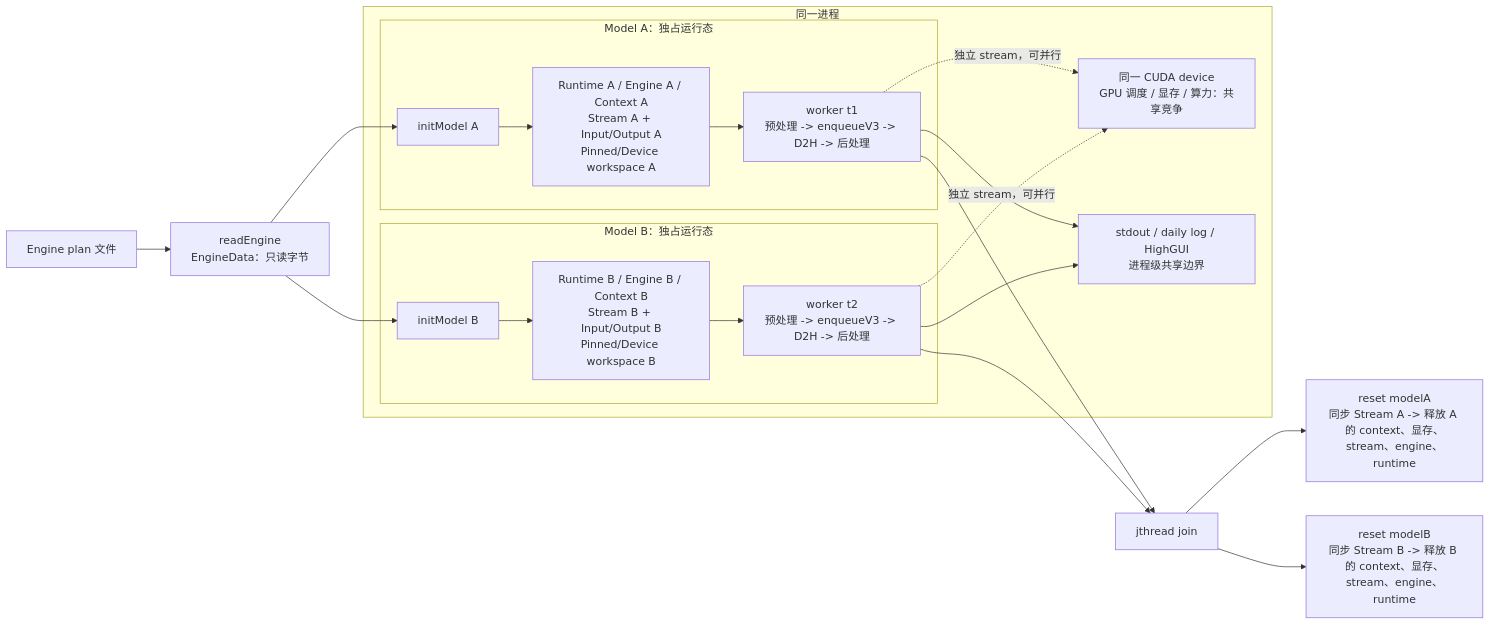
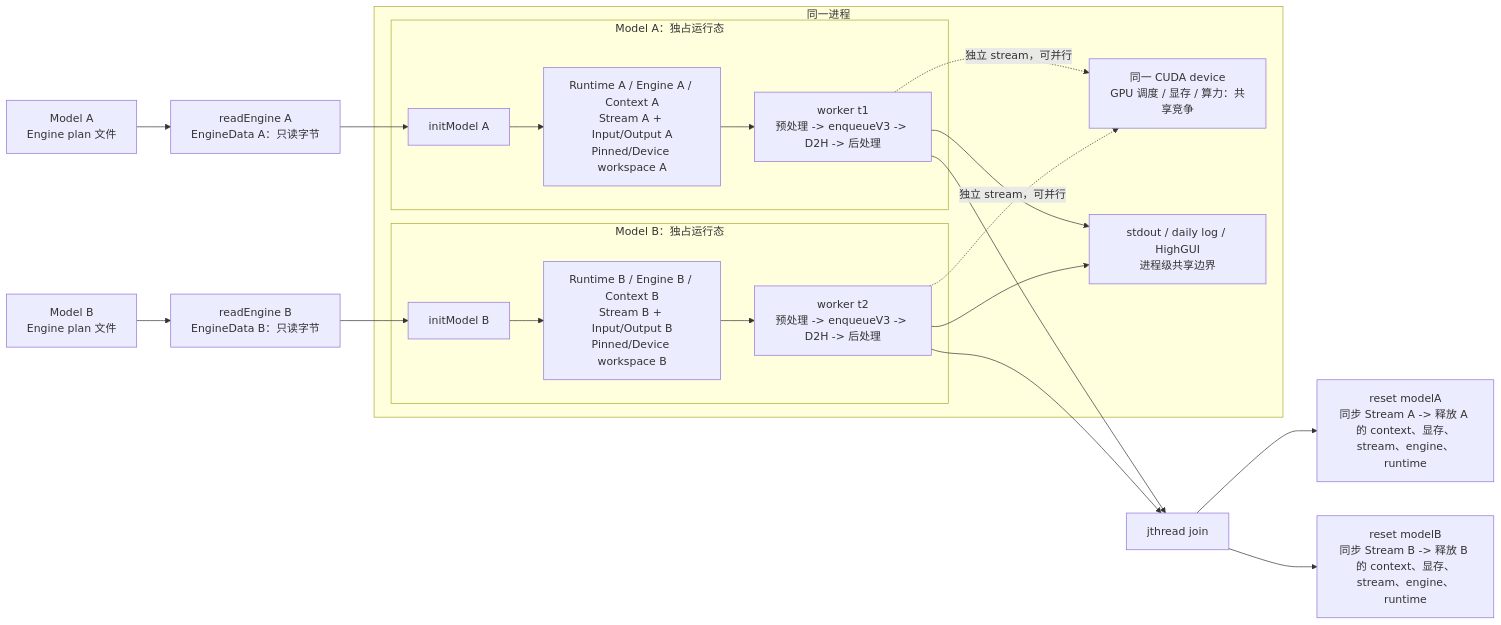
One commit to liautumn/tensorrt changed the diagram in README.md. Above: the diagram before and after it, drawn with Mermaid. The commit also changed other lines of this file, not shown here.

````diff
--- a/README.md
+++ b/README.md
@@ -49,26 +49,27 @@
 ```mermaid
 flowchart LR
-    Plan[Engine plan 文件] --> Data[readEngine<br/>EngineData：只读字节]
-    Data --> InitA[initModel A]
-    Data --> InitB[initModel B]
+    PlanA[Model A<br/>Engine plan 文件] --> DataA[readEngine A<br/>EngineData A：只读字节]
+    PlanB[Model B<br/>Engine plan 文件] --> DataB[readEngine B<br/>EngineData B：只读字节]
+    DataA --> InitA[initModel A]
+    DataB --> InitB[initModel B]
 
     subgraph Process[同一进程]
         subgraph LaneA[Model A：独占运行态]
             InitA --> AState[Runtime A / Engine A / Context A<br/>Stream A + Input/Output A<br/>Pinned/Device workspace A]
             AState --> AWorker[worker t1<br/>预处理 -> enqueueV3 -> D2H -> 后处理]
         end
         subgraph LaneB[Model B：独占运行态]
             InitB --> BState[Runtime B / Engine B / Context B<br/>Stream B + Input/Output B<br/>Pinned/Device workspace B]
             BState --> BWorker[worker t2<br/>预处理 -> enqueueV3 -> D2H -> 后处理]
         end
         AWorker -. "独立 stream，可并行" .-> GPU[同一 CUDA device<br/>GPU 调度 / 显存 / 算力：共享竞争]
         BWorker -. "独立 stream，可并行" .-> GPU
         AWorker --> Shared[stdout / daily log / HighGUI<br/>进程级共享边界]
         BWorker --> Shared
     end
 
     AWorker --> Join[jthread join]
     BWorker --> Join
     Join --> ReleaseA[reset modelA<br/>同步 Stream A -> 释放 A 的 context、显存、stream、engine、runtime]
     Join --> ReleaseB[reset modelB<br/>同步 Stream B -> 释放 B 的 context、显存、stream、engine、runtime]
 ```
````
